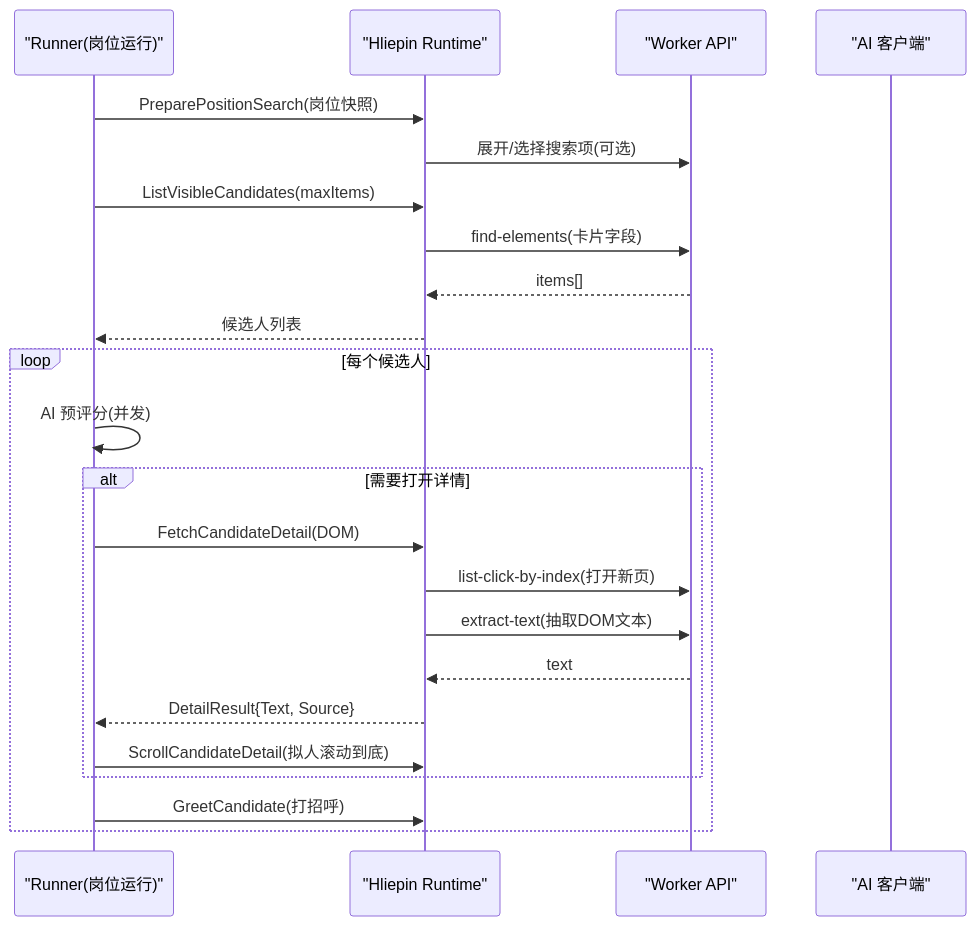
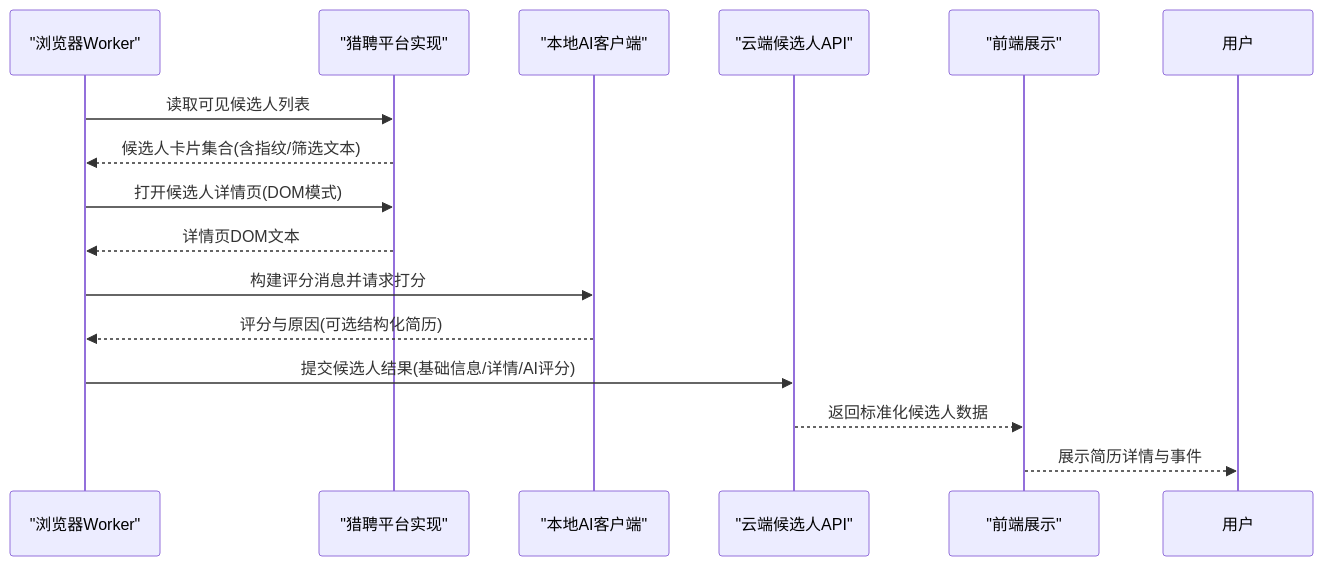
Before and after one commit to alvinwangzi/goodhr: the second of 7 diagrams in .qoder/repowiki/zh/content/本地执行器/平台适配器/猎聘适配器/候选人处理.md, drawn with Mermaid. The commit also changed other lines of this file and 149 other files, not shown here.

````diff
--- a/.qoder/repowiki/zh/content/本地执行器/平台适配器/猎聘适配器/候选人处理.md
+++ b/.qoder/repowiki/zh/content/本地执行器/平台适配器/猎聘适配器/候选人处理.md
@@ -102,25 +96,17 @@
 ```mermaid
 sequenceDiagram
-participant R as "Runner(岗位运行)"
-participant HR as "Hliepin Runtime"
-participant W as "Worker API"
-participant AI as "AI 客户端"
-R->>HR : PreparePositionSearch(岗位快照)
-HR->>W : 展开/选择搜索项(可选)
-R->>HR : ListVisibleCandidates(maxItems)
-HR->>W : find-elements(卡片字段)
-W-->>HR : items[]
-HR-->>R : 候选人列表
-loop 每个候选人
-R->>R : AI 预评分(并发)
-alt 需要打开详情
-R->>HR : FetchCandidateDetail(DOM)
-HR->>W : list-click-by-index(打开新页)
-HR->>W : extract-text(抽取DOM文本)
-W-->>HR : text
-HR-->>R : DetailResult{Text, Source}
-R->>HR : ScrollCandidateDetail(拟人滚动到底)
-end
-R->>HR : GreetCandidate(打招呼)
-end
+participant BR as "浏览器Worker"
+participant PL as "猎聘平台实现"
+participant AI as "本地AI客户端"
+participant API as "云端候选人API"
+participant UI as "前端展示"
+BR->>PL : 读取可见候选人列表
+PL-->>BR : 候选人卡片集合(含指纹/筛选文本)
+BR->>PL : 打开候选人详情页(DOM模式)
+PL-->>BR : 详情页DOM文本
+BR->>AI : 构建评分消息并请求打分
+AI-->>BR : 评分与原因(可选结构化简历)
+BR->>API : 提交候选人结果(基础信息/详情/AI评分)
+API-->>UI : 返回标准化候选人数据
+UI-->>用户 : 展示简历详情与事件
 ```
````
